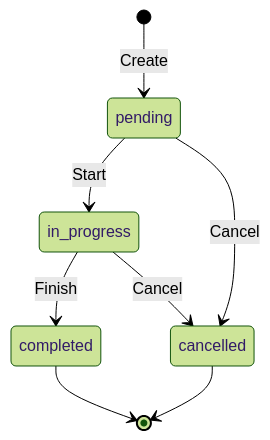
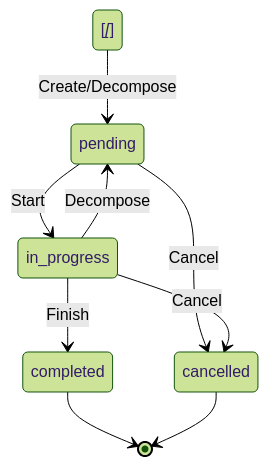
Before and after one commit to fkxxyz/opencode-cclover: the second of 2 diagrams in docs/requirements-tasks.md, drawn with Mermaid (forest theme). The commit also changed other lines of this file and 26 other files, not shown here.

````diff
--- a/docs/requirements-tasks.md
+++ b/docs/requirements-tasks.md
@@ -106,10 +145,11 @@
 ```mermaid
 stateDiagram-v2
-    [*] --> pending: Create
+    [*[*] --> pending: Create/Decompose
     pending --> in_progress: Start
     pending --> cancelled: Cancel
     in_progress --> completed: Finish
     in_progress --> cancelled: Cancel
+    in_progress --> pending: Decompose
     completed --> [*]
     cancelled --> [*]
 ```
````
